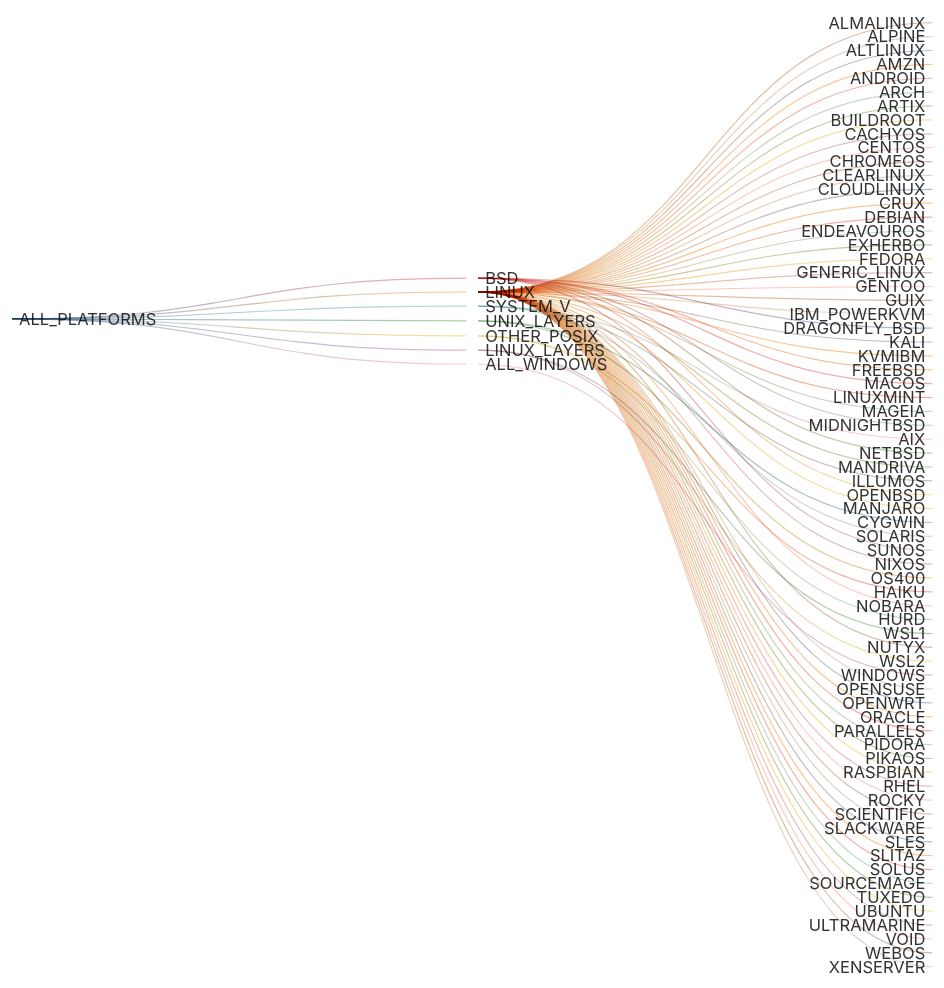
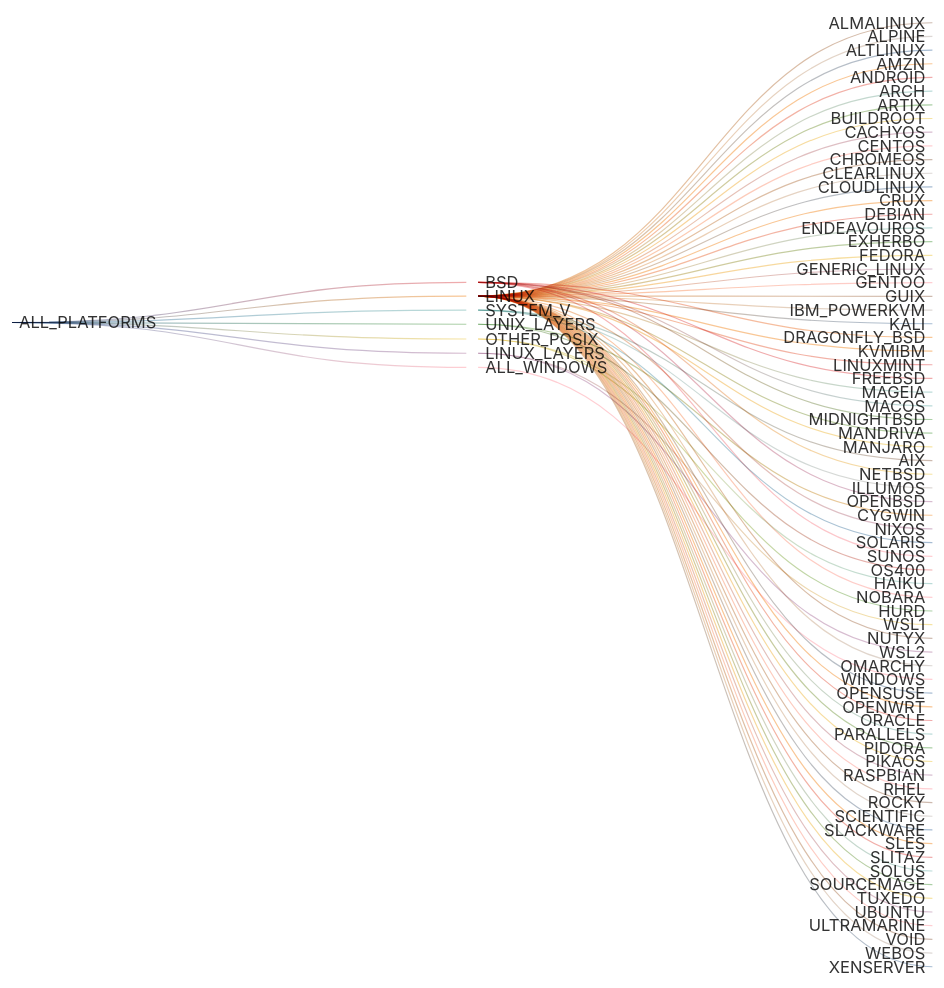
The first of 2 diagrams in docs/platforms.md (kdeldycke/extra-platforms), drawn with Mermaid before and after one commit. The commit also changed other lines of this file and 11 other files, not shown here.

```diff
--- a/docs/platforms.md
+++ b/docs/platforms.md
@@ -209,7 +210,7 @@
 ---
 sankey-beta
 
-ALL_PLATFORMS,LINUX,52
+ALL_PLATFORMS,LINUX,53
 ALL_PLATFORMS,BSD,7
 ALL_PLATFORMS,SYSTEM_V,3
 ALL_PLATFORMS,UNIX_LAYERS,2
@@ -247,6 +248,7 @@
 LINUX,NIXOS,1
 LINUX,NOBARA,1
 LINUX,NUTYX,1
+LINUX,OMARCHY,1
 LINUX,OPENSUSE,1
 LINUX,OPENWRT,1
 LINUX,ORACLE,1
```
